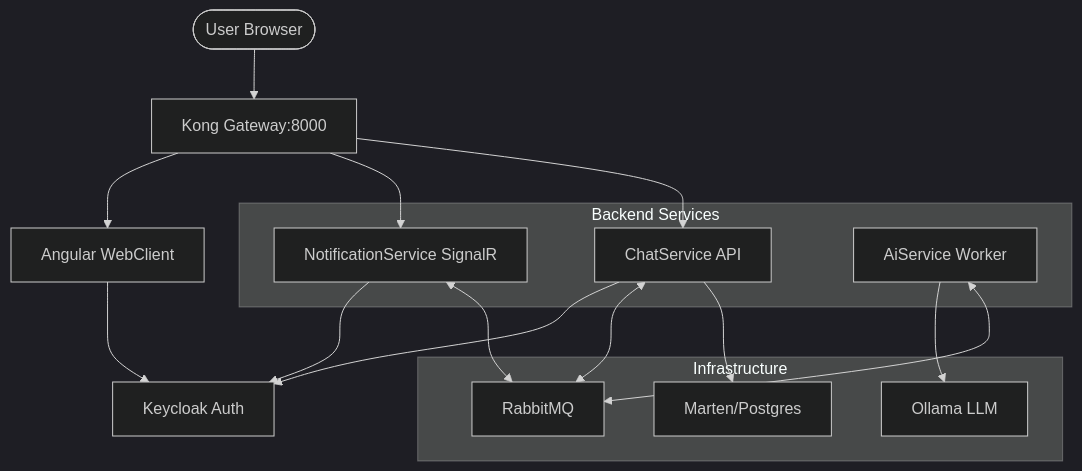
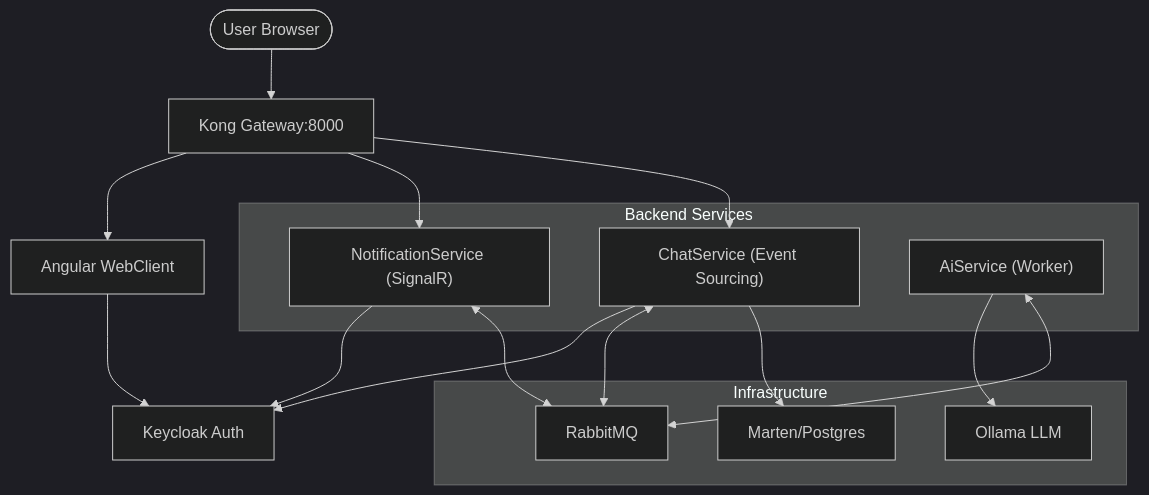
The diagram in README.md (aekoky/AiChatPlatform), drawn with Mermaid (dark theme) before and after one commit. The commit also changed other lines of this file, not shown here.

````diff
--- a/README.md
+++ b/README.md
@@ -19,33 +26,33 @@
 ```mermaid
 graph TD
     User([User Browser])
     Kong[Kong Gateway:8000]
     Keycloak[Keycloak Auth]
 
     subgraph "Backend Services"
-        ChatApi[ChatService API]
-        NotifApi[NotificationService SignalR]
-        AiWorker[AiService Worker]
+        ChatApi["ChatService (Event Sourcing)"]
+        NotifApi["NotificationService (SignalR)"]
+        AiWorker["AiService (Worker)"]
     end
 
     subgraph "Infrastructure"
         Marten[Marten/Postgres]
         Rabbit[RabbitMQ]
         Ollama[Ollama LLM]
     end
 
     User --> Kong
     Kong --> ChatApi
     Kong --> NotifApi
     Kong --> WebClient[Angular WebClient]
     
     ChatApi --> Marten
     ChatApi <--> Rabbit
     NotifApi <--> Rabbit
     AiWorker <--> Rabbit
     AiWorker --> Ollama
     
     ChatApi --> Keycloak
     NotifApi --> Keycloak
     WebClient --> Keycloak
 ```
````
